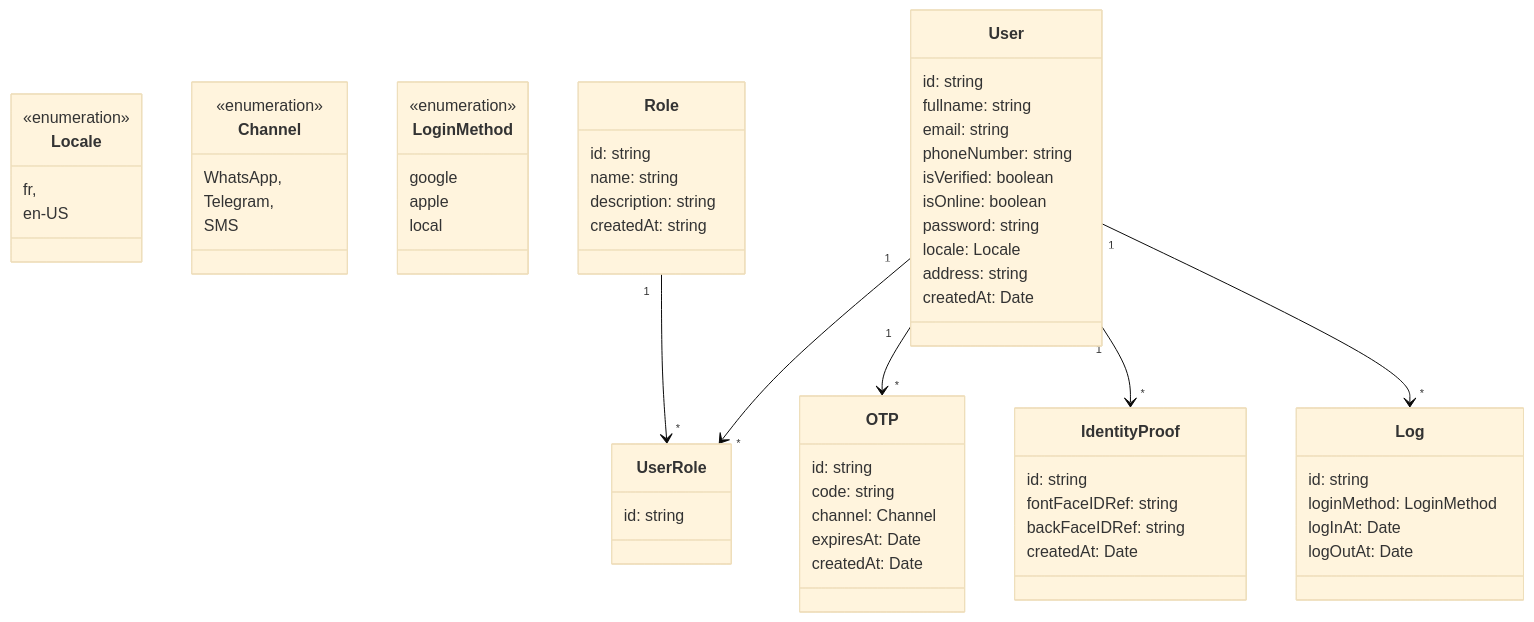
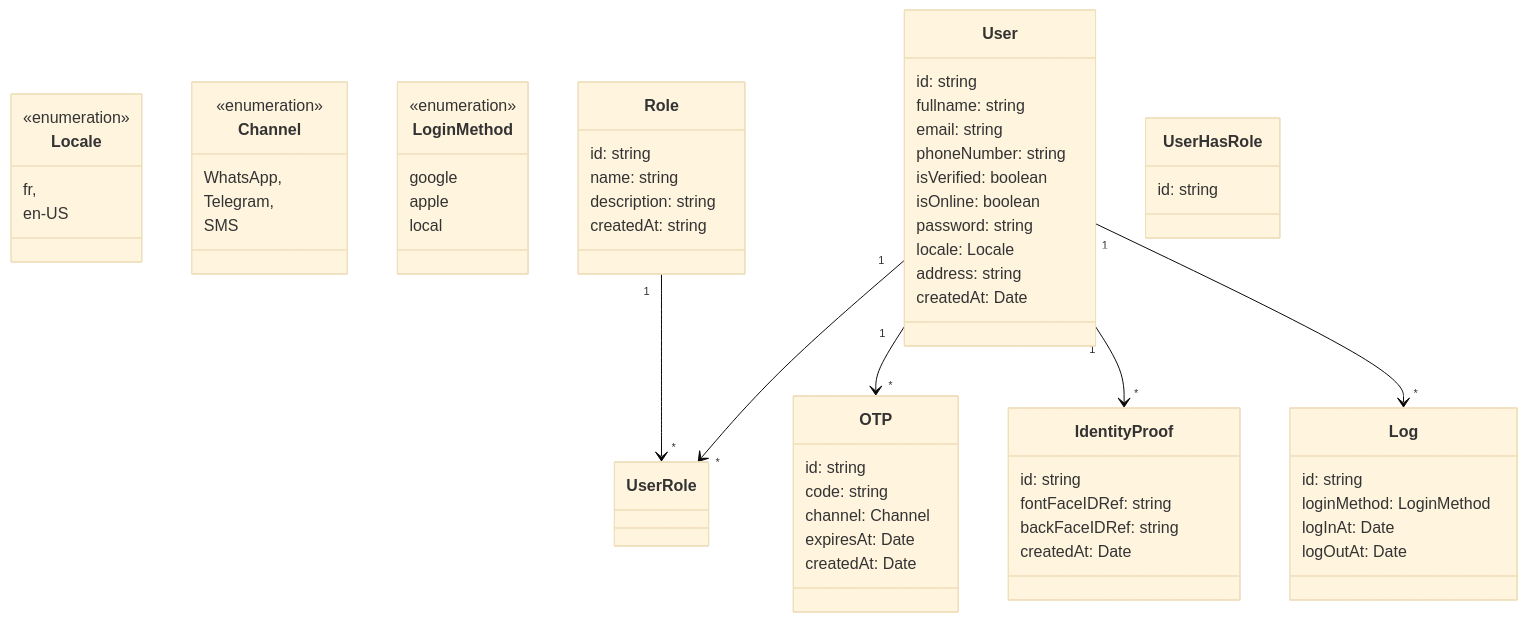
The diagram in docs/class-diagrams/auth-module.md (Hublot-Tech/hublot-app), drawn with Mermaid (base theme) before and after one commit.

````diff
--- a/docs/class-diagrams/auth-module.md
+++ b/docs/class-diagrams/auth-module.md
@@ -1,65 +1,65 @@
 ```mermaid
  classDiagram
       class Locale {
         <<enumeration>>
         fr,
         en-US
       }
       class Channel {
         <<enumeration>>
         WhatsApp,
         Telegram,
         SMS
       }
       class LoginMethod {
         <<enumeration>>
         google
         apple
         local
       }
       class Role {
           id: string
           name: string
           description: string
           createdAt: string
        }
       class OTP {
           id: string  
           code: string
           channel: Channel
           expiresAt: Date
           createdAt: Date
       }
       class Log {
           id: string
           loginMethod: LoginMethod
           logInAt: Date
           logOutAt: Date
       }
       class IdentityProof {
           id: string
           fontFaceIDRef: string
           backFaceIDRef: string
           createdAt: Date
       }
       class User {
           id: string
           fullname: string
           email: string
           phoneNumber: string
           isVerified: boolean
           isOnline: boolean
           password: string
           locale: Locale
           address: string
           createdAt: Date
       }
-      class UserRole {
+      class UserHasRole {
           id: string
       }
       User "1" --> "*" UserRole
       Role "1" --> "*" UserRole
       User "1" --> "*" OTP
       User "1" --> "*" IdentityProof
       User "1" --> "*" Log
 ```
````
